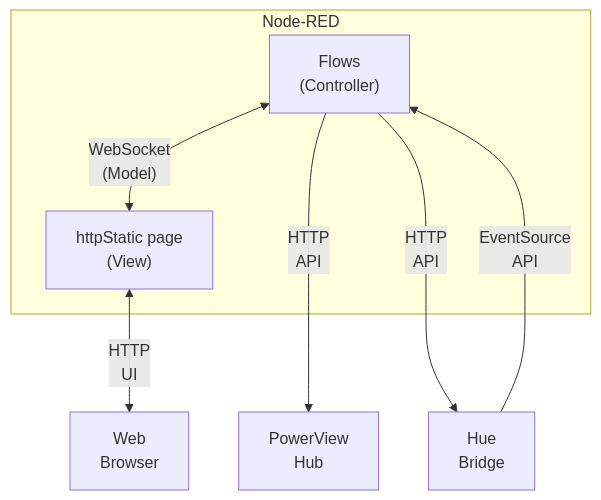
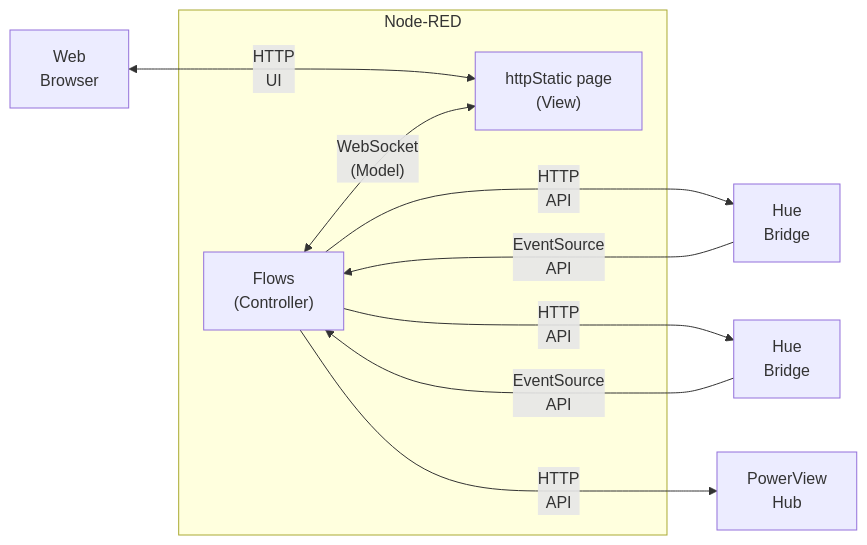
One commit to parasaurolophus/home-automation changed the diagram in README.md. Above: the diagram before and after it, drawn with Mermaid. The commit also changed other lines of this file, not shown here.

````diff
--- a/README.md
+++ b/README.md
@@ -5,18 +5,22 @@
 ```mermaid
-flowchart TD
+flowchart LR
 
+  browser["Web\nBrowser"]
   flows["Flows\n(Controller)"]
   vue["httpStatic page\n(View)"]
-  hue["Hue\nBridge"]
+  hue1["Hue\nBridge"]
+  hue2["Hue\nBridge"]
   powerview["PowerView\nHub"]
-  browser["Web\nBrowser"]
+
+  browser<-- "HTTP\nUI" --->vue
 
   subgraph Node-RED
     flows<-- "WebSocket\n(Model)" -->vue
   end
 
-  vue<-- "HTTP\nUI" -->browser
+  flows-- "HTTP\nAPI" --->hue1
+  hue1-- "EventSource\nAPI" --->flows
+  flows-- "HTTP\nAPI" --->hue2
+  hue2-- "EventSource\nAPI" --->flows
   flows-- "HTTP\nAPI" --->powerview
-  flows-- "HTTP\nAPI" --->hue
-  hue-- "EventSource\nAPI" -->flows
 ```
````
